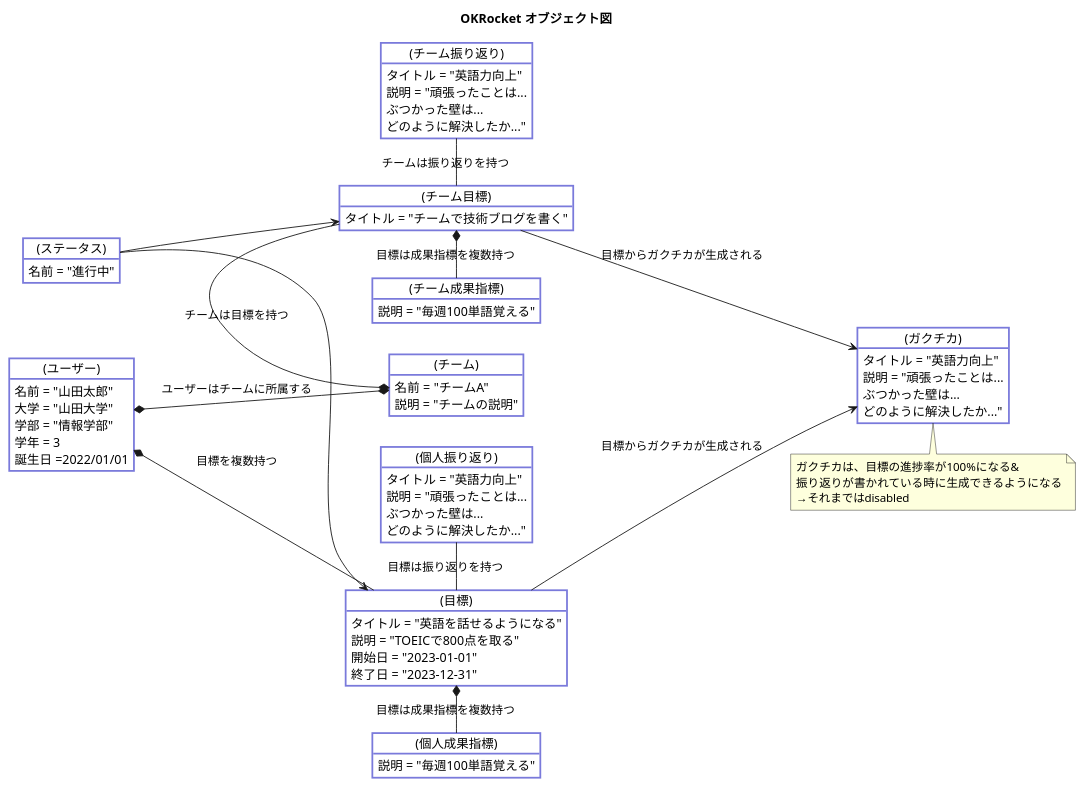
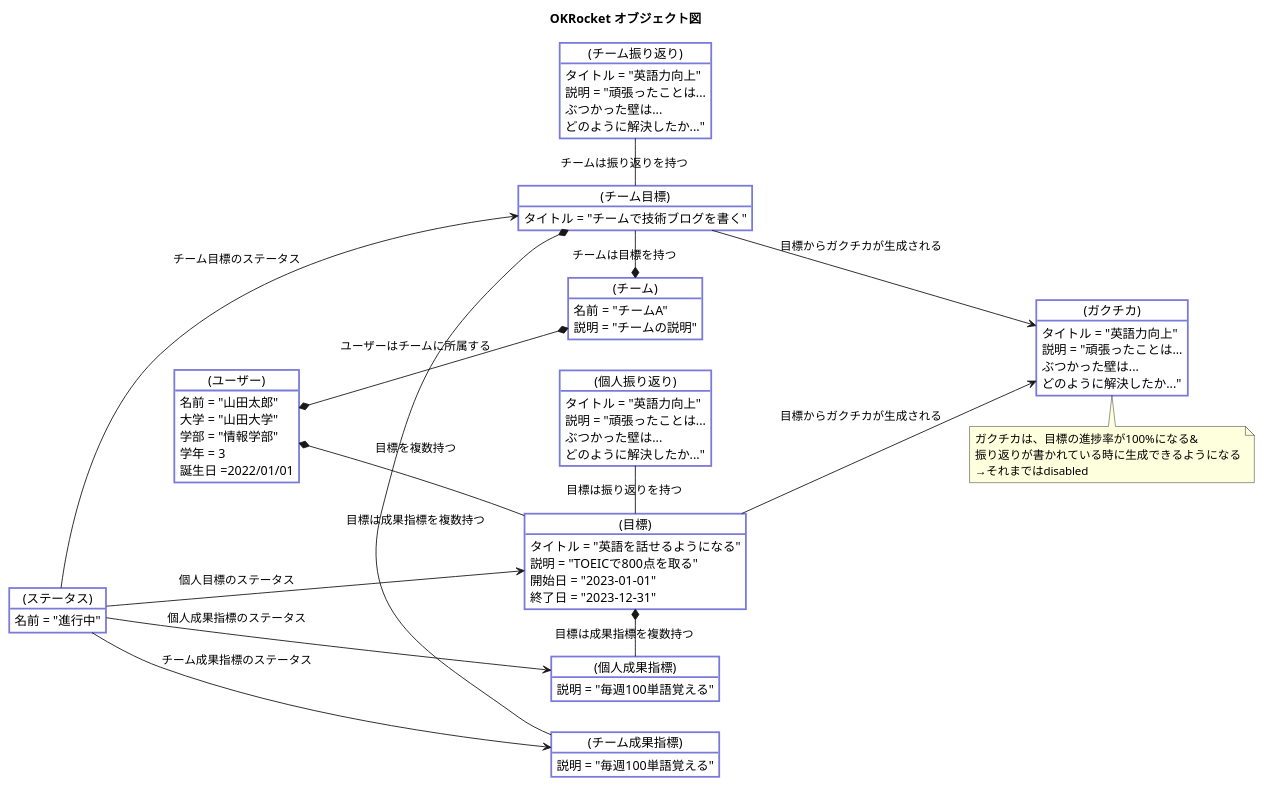
The diagram in docs/3-object/ALLObjective.pu (Yuma-Tsukakoshi/OKRocket), drawn with PlantUML before and after one commit. The commit also changed 1 other file, not shown here.

Commit message:
add: ステータスのオブジェクト図配置 変更

```diff
--- a/docs/3-object/ALLObjective.pu
+++ b/docs/3-object/ALLObjective.pu
@@ -1,86 +1,88 @@
 @startuml
 title OKRocket オブジェクト図
 
 left to right direction
 
 skinparam object {
   BackgroundColor #ffffff
   BorderColor #7a7adb
   FontColor #000000
   BorderThickness 2
 }
 
 object "(ユーザー)" as User {
   名前 = "山田太郎"
   大学 = "山田大学"
   学部 = "情報学部"
   学年 = 3
   誕生日 =2022/01/01
 }
 
 object "(目標)" as Objective {
   タイトル = "英語を話せるようになる"
   説明 = "TOEICで800点を取る"
   開始日 = "2023-01-01"
   終了日 = "2023-12-31"
 }
 
 object "(個人成果指標)" as KeyResult {
   説明 = "毎週100単語覚える"
 }
 
 object "(チーム成果指標)" as TeamKeyResult {
   説明 = "毎週100単語覚える"
 }
 
 object "(個人振り返り)" as Reflection {
   タイトル = "英語力向上"
   説明 = "頑張ったことは...\nぶつかった壁は...\nどのように解決したか..."
 }
 object "(チーム振り返り)" as TeamReflection {
   タイトル = "英語力向上"
   説明 = "頑張ったことは...\nぶつかった壁は...\nどのように解決したか..."
 }
 
 object "(ガクチカ)" as Gakutika {
   タイトル = "英語力向上"
   説明 = "頑張ったことは...\nぶつかった壁は...\nどのように解決したか..."
 }
 note bottom of Gakutika
   ガクチカは、目標の進捗率が100%になる&
   振り返りが書かれている時に生成できるようになる
   →それまではdisabled
 end note
 
 
 object "(チーム)" as Team {
   名前 = "チームA"
   説明 = "チームの説明"
 }
 
 object "(チーム目標)" as TeamObjective {
   タイトル = "チームで技術ブログを書く"
 }
 
 object "(ステータス)" as Status {
   名前 = "進行中"
 }
 
 User *--* Team : "ユーザーはチームに所属する"
 
 Objective -up-* User : "目標を複数持つ"
 Objective *- KeyResult : "目標は成果指標を複数持つ"
 Objective -left- Reflection : "目標は振り返りを持つ"
 
 TeamObjective -* Team : "チームは目標を持つ"
 TeamObjective *-  TeamKeyResult : "目標は成果指標を複数持つ"
 TeamObjective -left- TeamReflection : "チームは振り返りを持つ"
 
 Objective --> Gakutika : "目標からガクチカが生成される"
 TeamObjective --> Gakutika : "目標からガクチカが生成される"
 
-Status --> TeamObjective
-Status --> Objective
+Status ---> TeamObjective : "チーム目標のステータス"
+Status ---> Objective : "個人目標のステータス"
+Status ---> KeyResult : "個人成果指標のステータス"
+Status ---> TeamKeyResult : "チーム成果指標のステータス"
 
 
 @enduml
```
